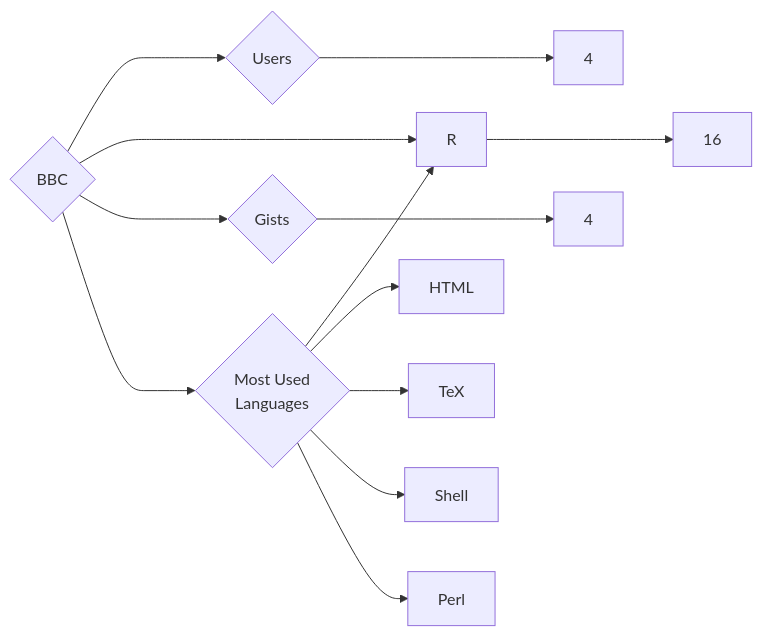
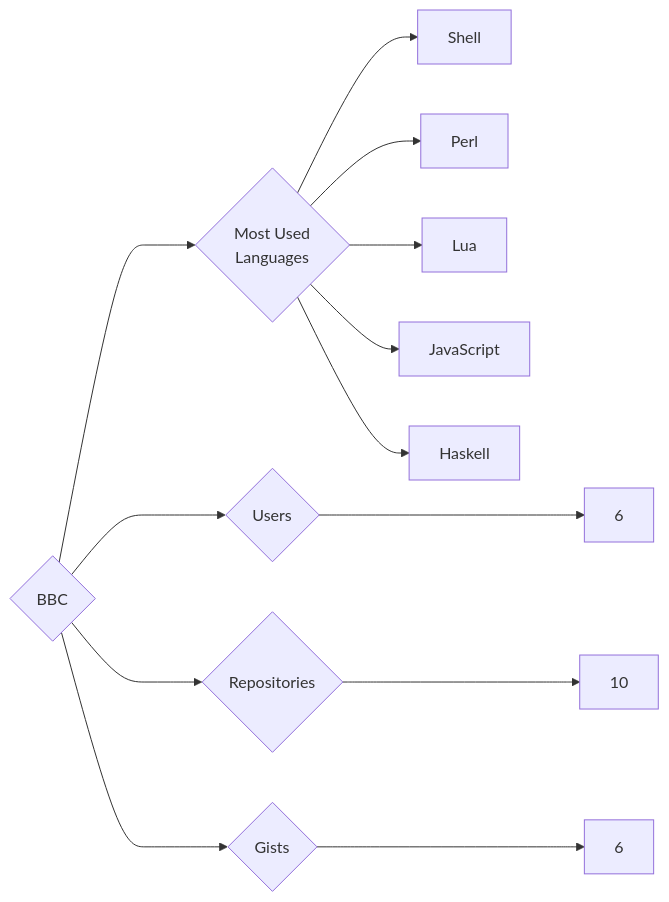
The diagram in targets/BBC/README.md (trickest/insiders), drawn with Mermaid before and after one commit. The commit also changed 1007 other files, not shown here.

````diff
--- a/targets/BBC/README.md
+++ b/targets/BBC/README.md
@@ -3,13 +3,13 @@
 ```mermaid
 graph LR
 COMPANY_NAME{BBC}
-COMPANY_NAME ---> U{Users} ---> UN[4]
-COMPANY_NAME ---> R{Repositories} ---> RN[16]
-COMPANY_NAME ---> G{Gists} ---> GN[4]
+COMPANY_NAME ---> U{Users} ---> UN[6]
+COMPANY_NAME ---> R{Repositories} ---> RN[10]
+COMPANY_NAME ---> G{Gists} ---> GN[6]
 COMPANY_NAME ---> ML{Most Used<br>Languages}
-ML --> R[R]
-ML --> HTML[HTML]
-ML --> TeX[TeX]
 ML --> Shell[Shell]
 ML --> Perl[Perl]
+ML --> Lua[Lua]
+ML --> JavaScript[JavaScript]
+ML --> Haskell[Haskell]
 ```
````
